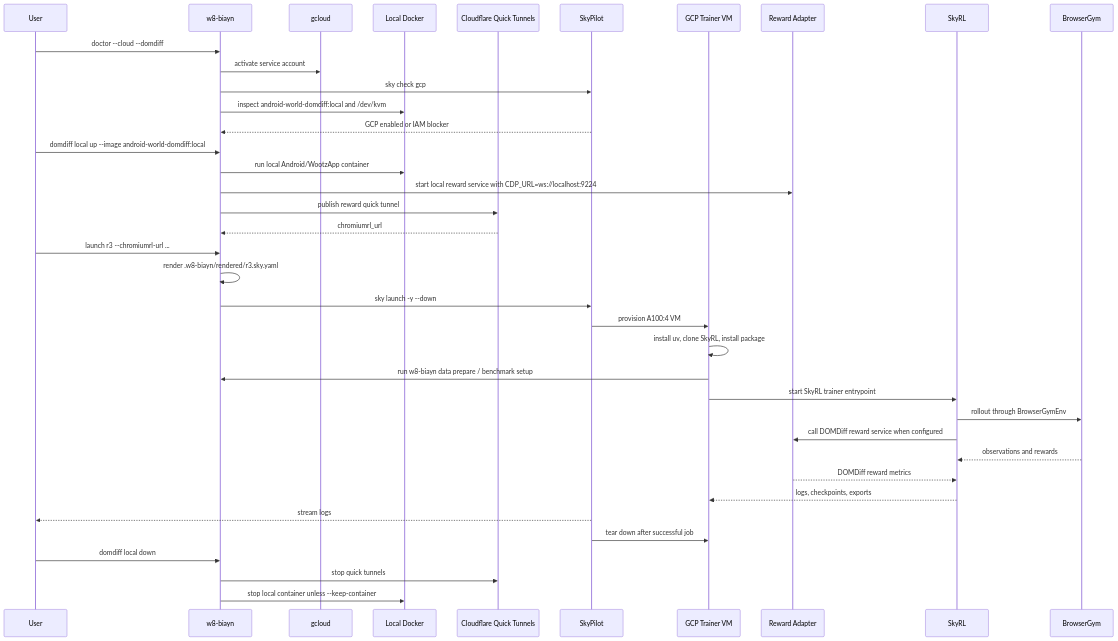
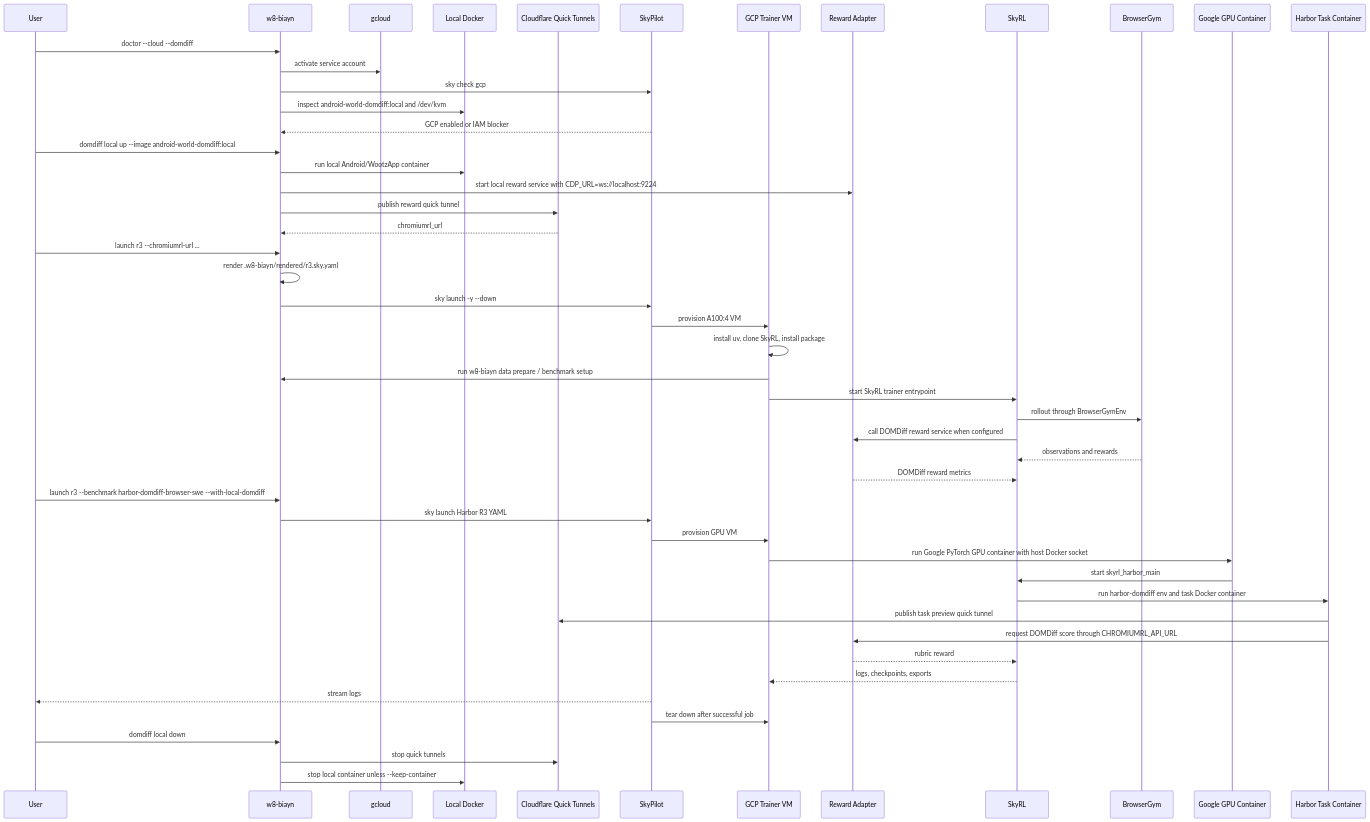
Before and after one commit to sandys/browser-is-all-you-need: the second of 2 diagrams in README.md, drawn with Mermaid. The commit also changed other lines of this file and 3 other files, not shown here.

Commit message:
Document SkyRL Harbor R3 workflow

````diff
--- a/README.md
+++ b/README.md
@@ -250,41 +293,52 @@
 ```mermaid
 sequenceDiagram
   participant U as User
   participant CLI as w8-biayn
   participant GC as gcloud
   participant DO as Local Docker
   participant CF as Cloudflare Quick Tunnels
   participant SKY as SkyPilot
   participant VM as GCP Trainer VM
   participant RW as Reward Adapter
   participant SRL as SkyRL
   participant BG as BrowserGym
+  participant GPU as Google GPU Container
+  participant HT as Harbor Task Container
 
   U->>CLI: doctor --cloud --domdiff
   CLI->>GC: activate service account
   CLI->>SKY: sky check gcp
   CLI->>DO: inspect android-world-domdiff:local and /dev/kvm
   SKY-->>CLI: GCP enabled or IAM blocker
   U->>CLI: domdiff local up --image android-world-domdiff:local
   CLI->>DO: run local Android/WootzApp container
   CLI->>RW: start local reward service with CDP_URL=ws://localhost:9224
   CLI->>CF: publish reward quick tunnel
   CF-->>CLI: chromiumrl_url
   U->>CLI: launch r3 --chromiumrl-url ...
   CLI->>CLI: render .w8-biayn/rendered/r3.sky.yaml
   CLI->>SKY: sky launch -y --down
   SKY->>VM: provision A100:4 VM
   VM->>VM: install uv, clone SkyRL, install package
   VM->>CLI: run w8-biayn data prepare / benchmark setup
   VM->>SRL: start SkyRL trainer entrypoint
   SRL->>BG: rollout through BrowserGymEnv
   SRL->>RW: call DOMDiff reward service when configured
   BG-->>SRL: observations and rewards
   RW-->>SRL: DOMDiff reward metrics
+  U->>CLI: launch r3 --benchmark harbor-domdiff-browser-swe --with-local-domdiff
+  CLI->>SKY: sky launch Harbor R3 YAML
+  SKY->>VM: provision GPU VM
+  VM->>GPU: run Google PyTorch GPU container with host Docker socket
+  GPU->>SRL: start skyrl_harbor_main
+  SRL->>HT: run harbor-domdiff env and task Docker container
+  HT->>CF: publish task preview quick tunnel
+  HT->>RW: request DOMDiff score through CHROMIUMRL_API_URL
+  RW-->>SRL: rubric reward
   SRL-->>VM: logs, checkpoints, exports
   SKY-->>U: stream logs
   SKY->>VM: tear down after successful job
   U->>CLI: domdiff local down
   CLI->>CF: stop quick tunnels
   CLI->>DO: stop local container unless --keep-container
 ```
````
